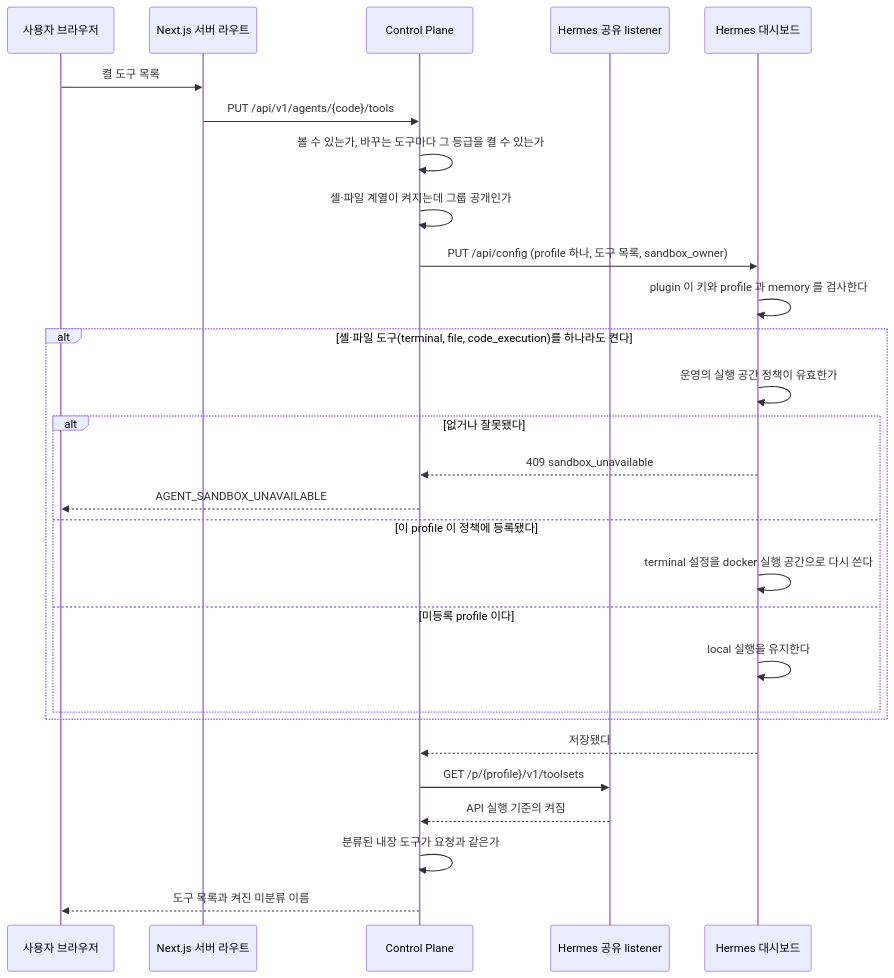
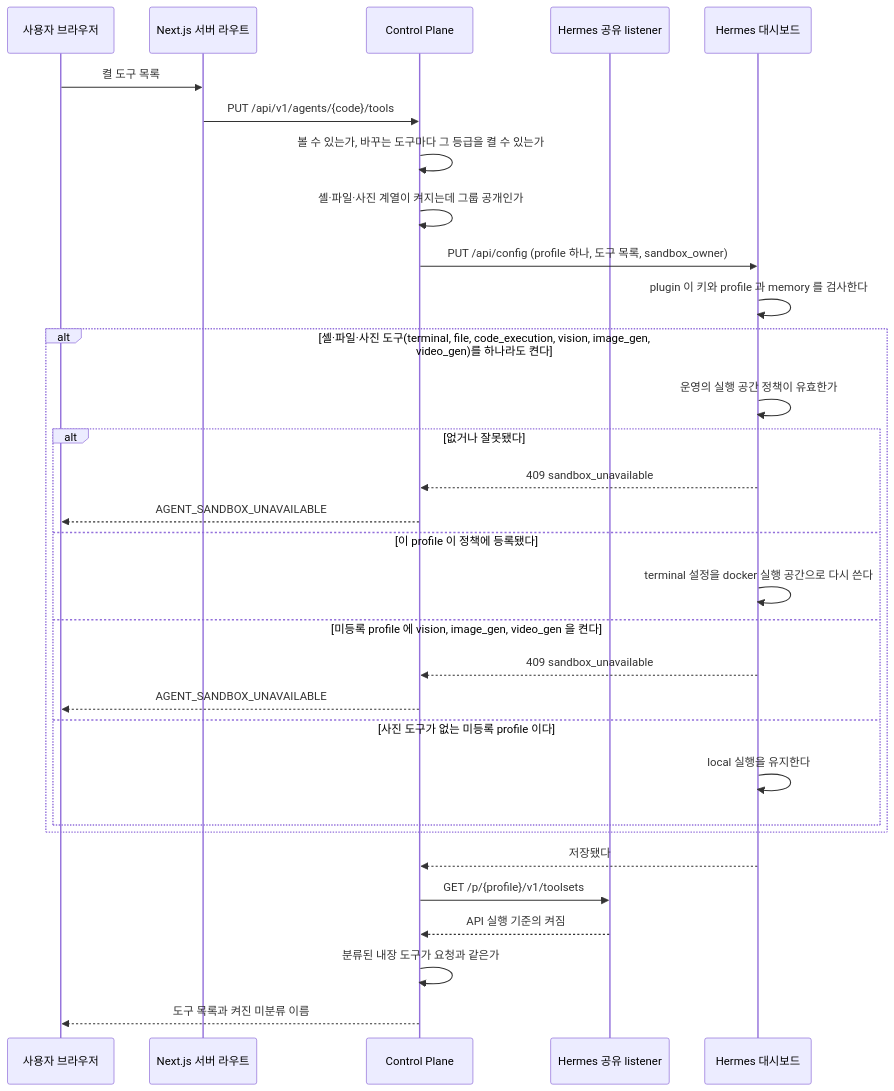
The second of 2 diagrams in docs/backend/agent.md (jon890/fos-assistant), drawn with Mermaid before and after one commit. The commit also changed other lines of this file and 15 other files, not shown here.

````diff
--- a/docs/backend/agent.md
+++ b/docs/backend/agent.md
@@ -202,31 +202,34 @@
 ```mermaid
 sequenceDiagram
     participant U as 사용자 브라우저
     participant W as Next.js 서버 라우트
     participant C as Control Plane
     participant L as Hermes 공유 listener
     participant D as Hermes 대시보드
 
     U->>W: 켤 도구 목록
     W->>C: PUT /api/v1/agents/{code}/tools
     C->>C: 볼 수 있는가, 바꾸는 도구마다 그 등급을 켤 수 있는가
-    C->>C: 셸·파일 계열이 켜지는데 그룹 공개인가
+    C->>C: 셸·파일·사진 계열이 켜지는데 그룹 공개인가
     C->>D: PUT /api/config (profile 하나, 도구 목록, sandbox_owner)
     D->>D: plugin 이 키와 profile 과 memory 를 검사한다
-    alt 셸·파일 도구(terminal, file, code_execution)를 하나라도 켠다
+    alt 셸·파일·사진 도구(terminal, file, code_execution, vision, image_gen, video_gen)를 하나라도 켠다
         D->>D: 운영의 실행 공간 정책이 유효한가
         alt 없거나 잘못됐다
             D-->>C: 409 sandbox_unavailable
             C-->>U: AGENT_SANDBOX_UNAVAILABLE
         else 이 profile 이 정책에 등록됐다
             D->>D: terminal 설정을 docker 실행 공간으로 다시 쓴다
-        else 미등록 profile 이다
+        else 미등록 profile 에 vision, image_gen, video_gen 을 켠다
+            D-->>C: 409 sandbox_unavailable
+            C-->>U: AGENT_SANDBOX_UNAVAILABLE
+        else 사진 도구가 없는 미등록 profile 이다
             D->>D: local 실행을 유지한다
         end
     end
     D-->>C: 저장됐다
     C->>L: GET /p/{profile}/v1/toolsets
     L-->>C: API 실행 기준의 켜짐
     C->>C: 분류된 내장 도구가 요청과 같은가
     C-->>U: 도구 목록과 켜진 미분류 이름
 ```
````
